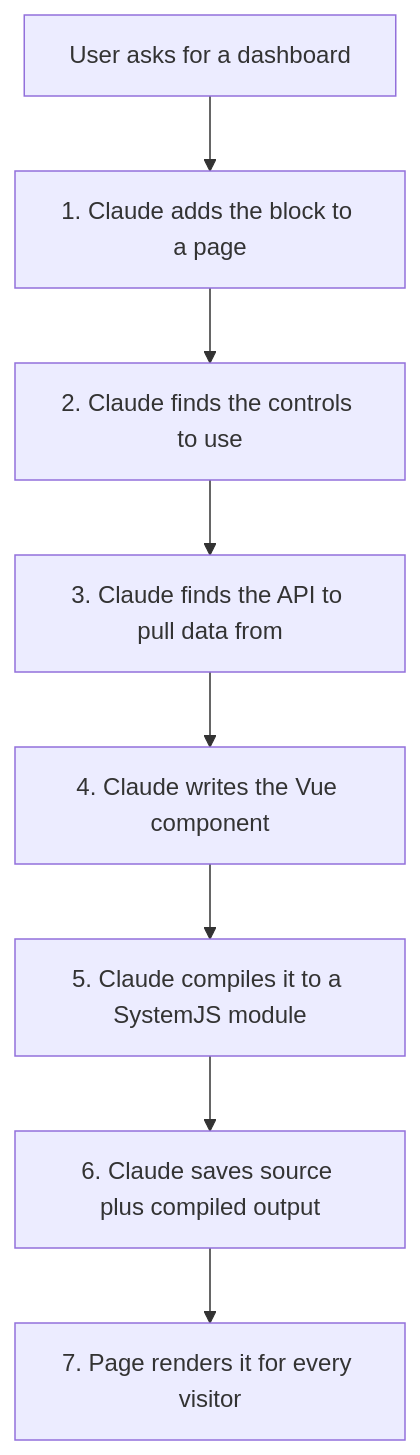
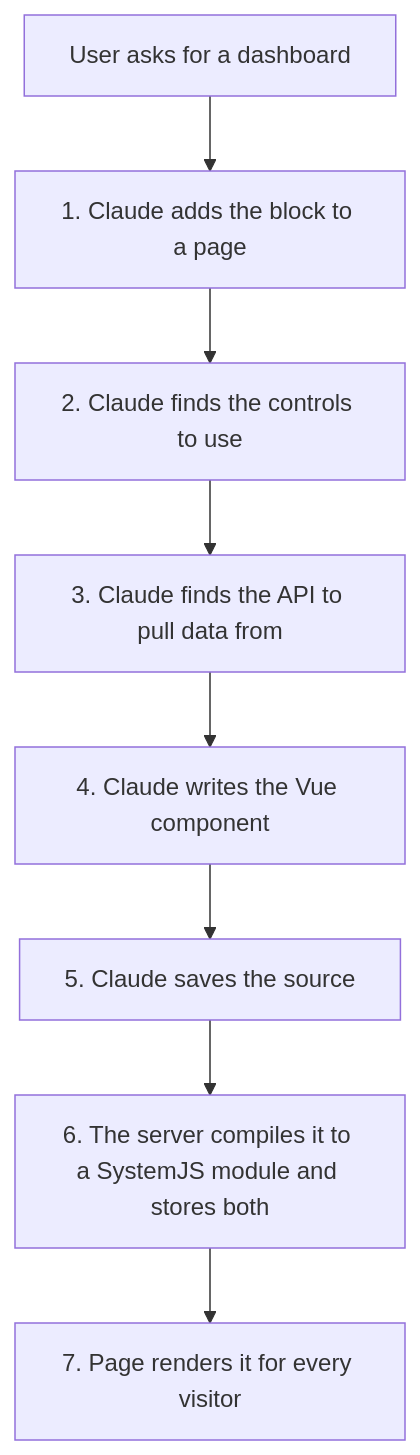
Before and after one commit to SparkDevNetwork/Rock: the diagram in docs/cms/obsidian-content.md, drawn with Mermaid. The commit also changed other lines of this file, not shown here.

Commit message:
- Updated the Obsidian Content doc for server-side compilation.

````diff
--- a/docs/cms/obsidian-content.md
+++ b/docs/cms/obsidian-content.md
@@ -31,10 +33,10 @@
 ```mermaid
 flowchart TD
     A["User asks for a dashboard"] --> B["1. Claude adds the block to a page"]
     B --> C["2. Claude finds the controls to use"]
     C --> D["3. Claude finds the API to pull data from"]
     D --> E["4. Claude writes the Vue component"]
-    E --> F["5. Claude compiles it to a SystemJS module"]
-    F --> G["6. Claude saves source plus compiled output"]
+    E --> F["5. Claude saves the source"]
+    F --> G["6. The server compiles it to a SystemJS module and stores both"]
     G --> H["7. Page renders it for every visitor"]
 ```
````
